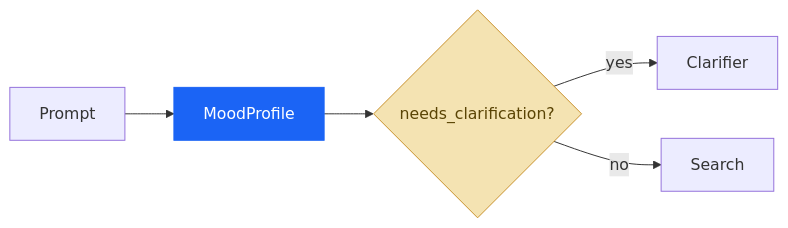
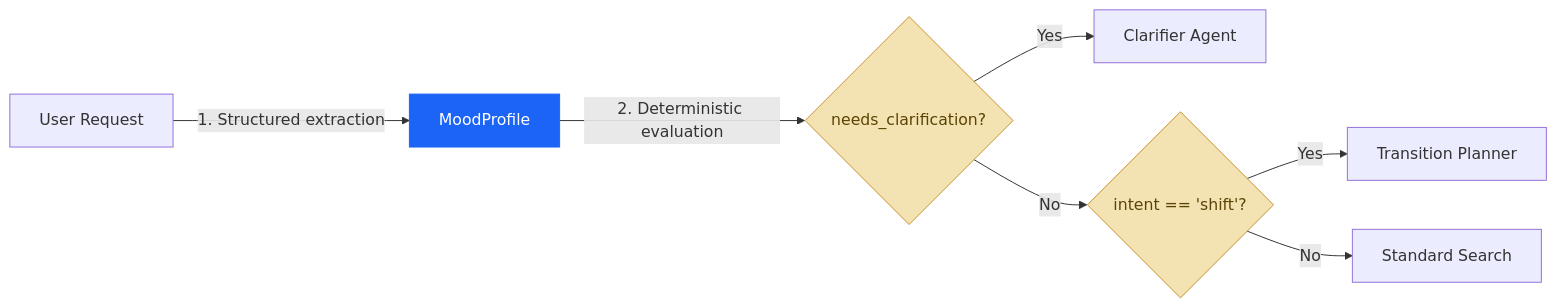
One commit to Rkomi98/MyBlog changed the fifth of 9 diagrams in files/AI Engineering/Multiagent SOTA 2026_en.md. Above: the diagram before and after it, drawn with Mermaid. The commit also changed other lines of this file and 17 other files, not shown here.

````diff
--- a/files/AI Engineering/Multiagent SOTA 2026_en.md
+++ b/files/AI Engineering/Multiagent SOTA 2026_en.md
@@ -288,12 +290,14 @@
 ```mermaid
 flowchart LR
-    P[Prompt] --> M[MoodProfile]
-    M --> G{needs_clarification?}
-    G -->|yes| C[Clarifier]
-    G -->|no| S[Search]
+    U[User Request] -->|1. Structured extraction| M[MoodProfile]
+    M -->|2. Deterministic evaluation| R{needs_clarification?}
+    R -->|Yes| C[Clarifier Agent]
+    R -->|No| P{intent == 'shift'?}
+    P -->|Yes| T[Transition Planner]
+    P -->|No| S[Standard Search]
 
     classDef model fill:#1B64F5,stroke:#1B64F5,color:#fff;
     classDef code fill:#F4E3B2,stroke:#C8902B,color:#5A4405;
     class M model;
-    class G code;
+    class R,P code;
 ```
````
